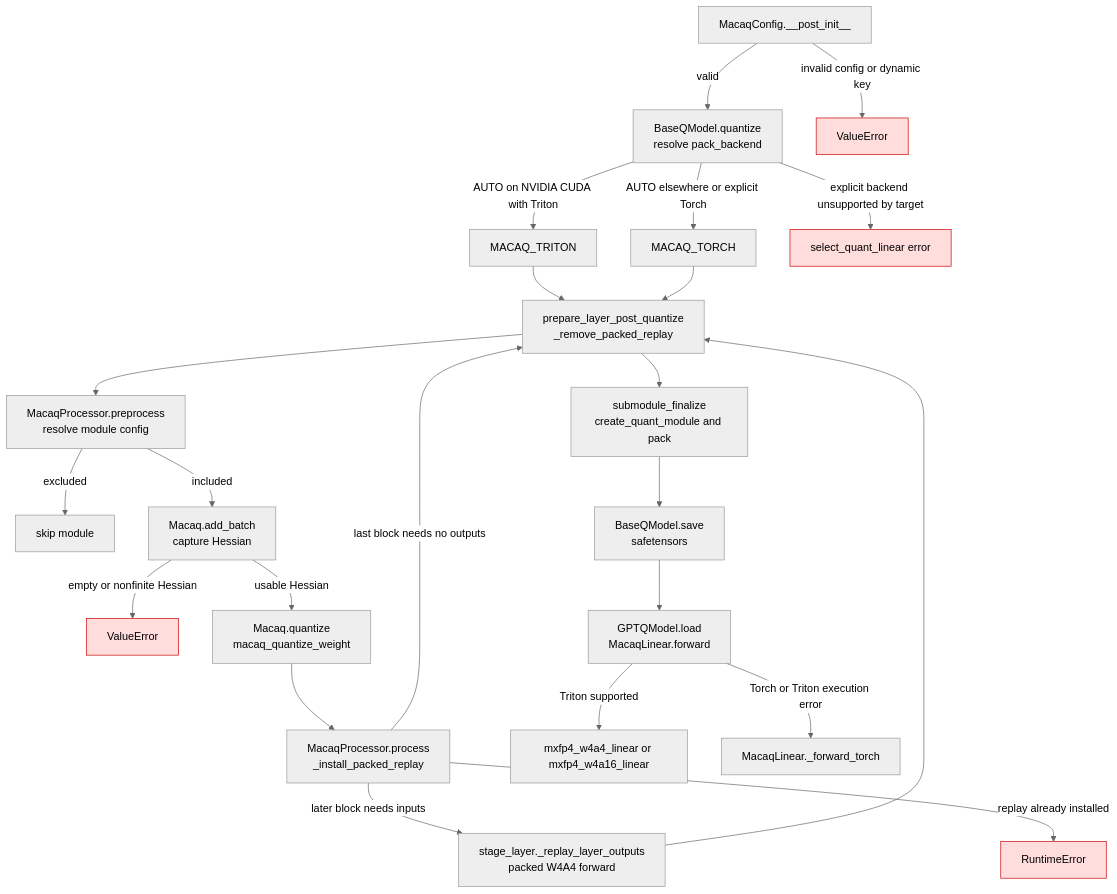
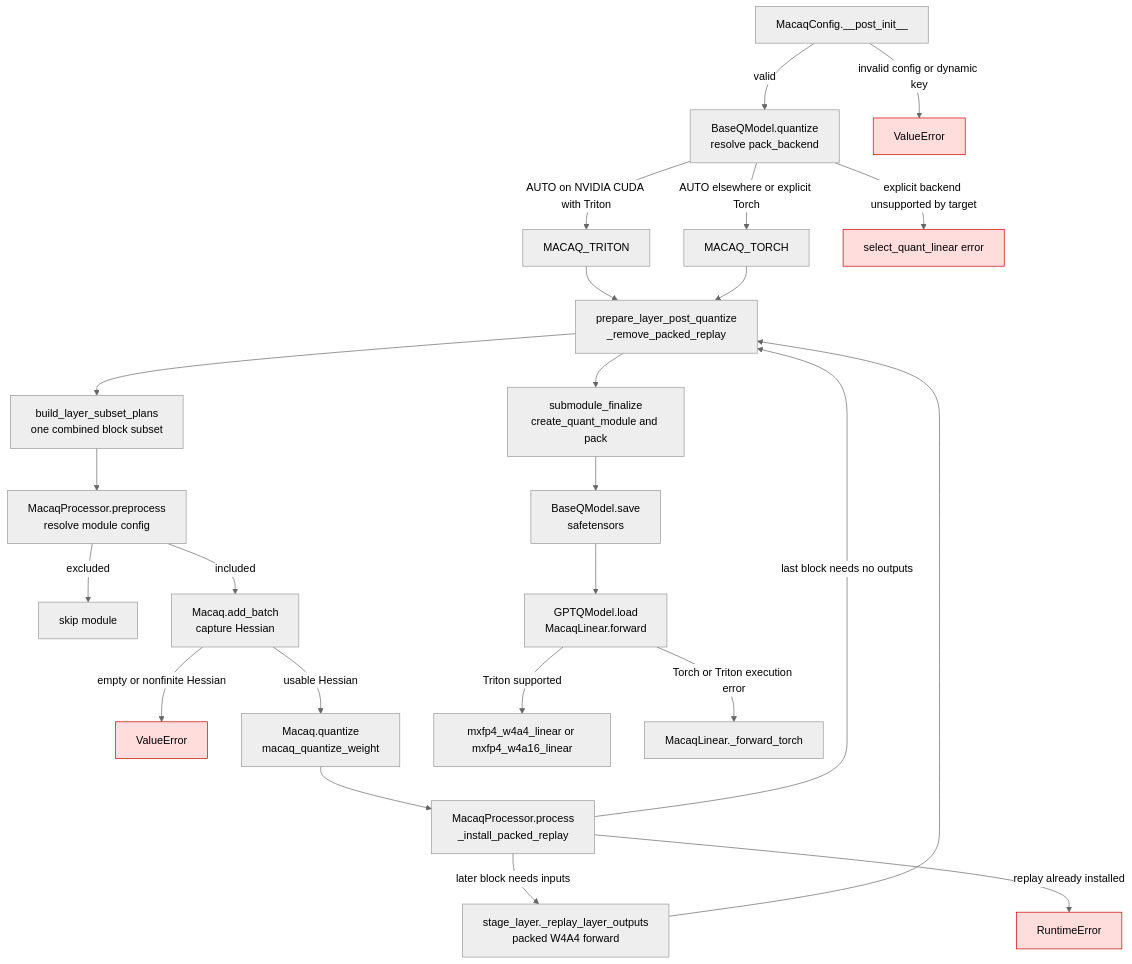
Before and after one commit to ModelCloud/GPTQModel: the diagram in docs/macaq.md, drawn with Mermaid (neutral theme). The commit also changed other lines of this file and 3 other files, not shown here.

Commit message:
fix(macaq): capture block Hessians in one pass and document replay timing

````diff
--- a/docs/macaq.md
+++ b/docs/macaq.md
@@ -58,27 +58,28 @@
 ```mermaid
 flowchart TD
     A["MacaqConfig.__post_init__"] -->|valid| B["BaseQModel.quantize<br/>resolve pack_backend"]
     A -->|invalid config or dynamic key| F1["ValueError"]
     B -->|AUTO on NVIDIA CUDA with Triton| T["MACAQ_TRITON"]
     B -->|AUTO elsewhere or explicit Torch| P["MACAQ_TORCH"]
     B -->|explicit backend unsupported by target| F2["select_quant_linear error"]
     T --> C["QuantizationRunPlan.build"]
     P --> C
-    C --> D["MacaqProcessor.preprocess<br/>resolve module config"]
+    C --> S1["build_layer_subset_plans<br/>one combined block subset"]
+    S1 --> D["MacaqProcessor.preprocess<br/>resolve module config"]
     D -->|excluded| S["skip module"]
     D -->|included| E["Macaq.add_batch<br/>capture Hessian"]
     E -->|empty or nonfinite Hessian| F3["ValueError"]
     E -->|usable Hessian| Q["Macaq.quantize<br/>macaq_quantize_weight"]
     Q --> R["MacaqProcessor.process<br/>_install_packed_replay"]
     R -->|later block needs inputs| F["stage_layer._replay_layer_outputs<br/>packed W4A4 forward"]
     R -->|last block needs no outputs| C["prepare_layer_post_quantize<br/>_remove_packed_replay"]
     F --> C
     R -->|replay already installed| F4["RuntimeError"]
     C --> U["submodule_finalize<br/>create_quant_module and pack"]
     U --> V["BaseQModel.save<br/>safetensors"]
     V --> L["GPTQModel.load<br/>MacaqLinear.forward"]
     L -->|Triton supported| K["mxfp4_w4a4_linear or mxfp4_w4a16_linear"]
     L -->|Torch or Triton execution error| O["MacaqLinear._forward_torch"]
     classDef error fill:#fdd,stroke:#c00,color:#000;
     class F1,F2,F3,F4 error;
 ```
````
